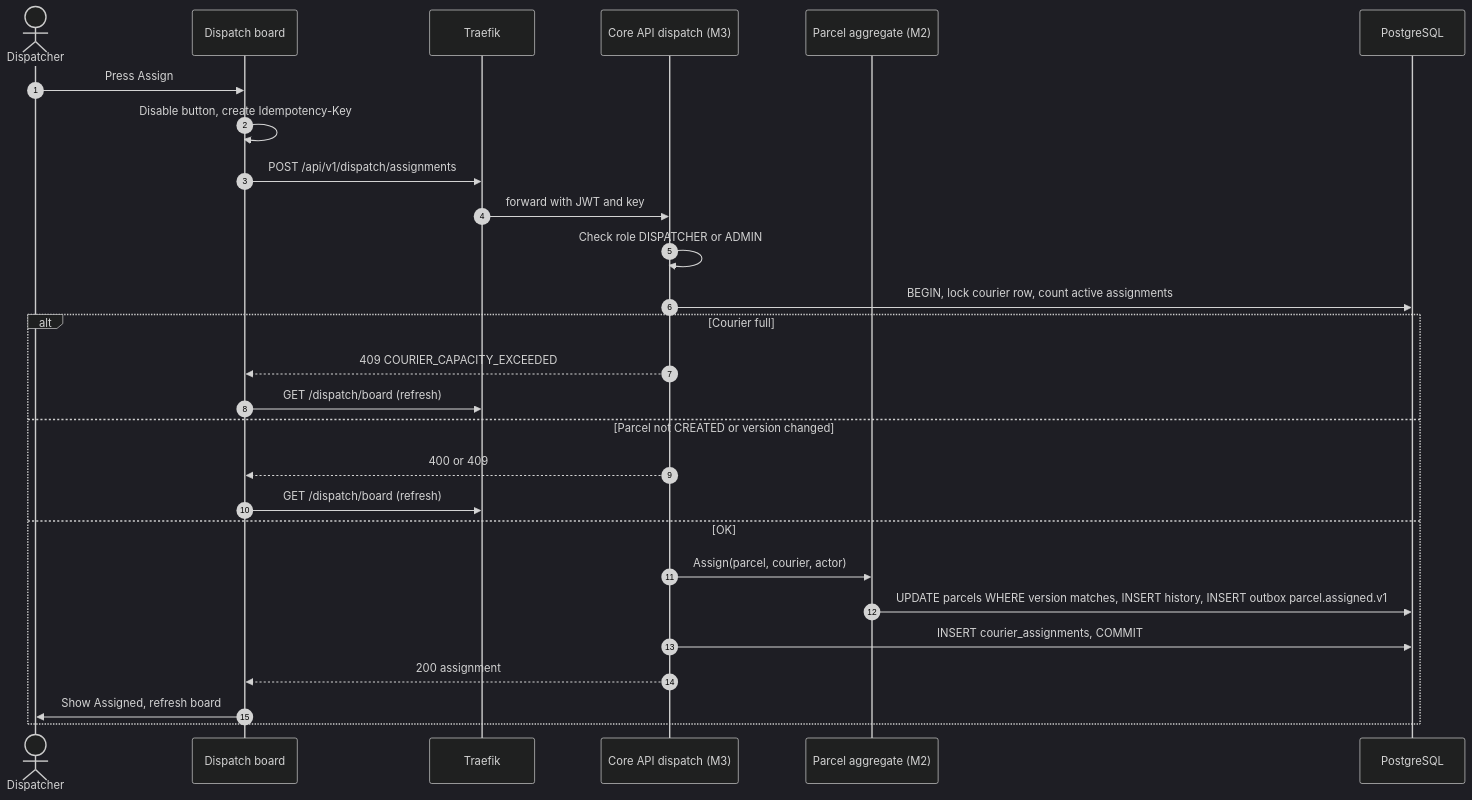
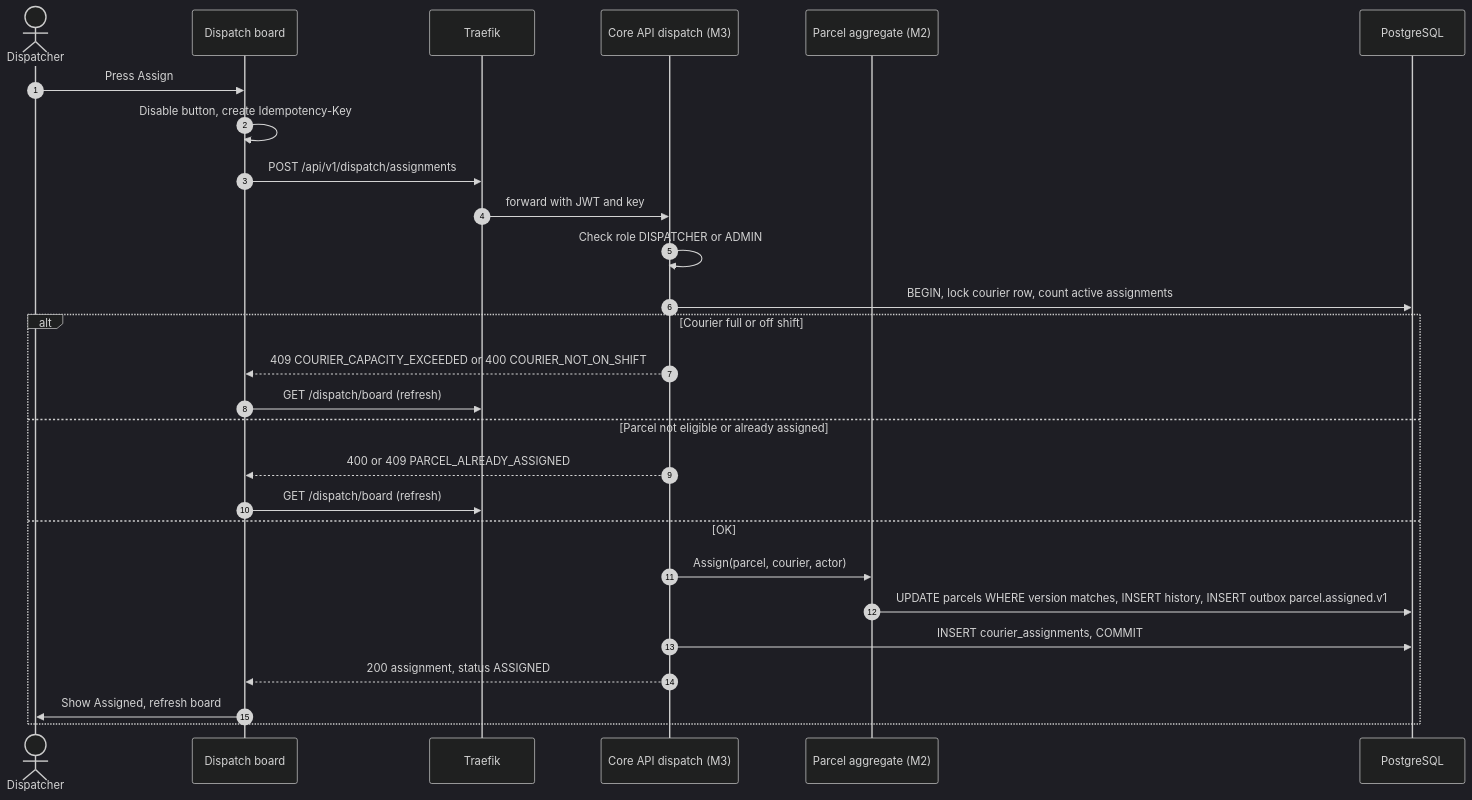
Before and after one commit to phantomTroupeEAD/SwiftDrop: diagram 17 of 55 in docs/drafts/member-07-dispatcher-admin-web-gateway/doc-02-functional-flows-and-business-rules.md, drawn with Mermaid (dark theme). The commit also changed other lines of this file and 125 other files, not shown here.

````diff
--- a/docs/drafts/member-07-dispatcher-admin-web-gateway/doc-02-functional-flows-and-business-rules.md
+++ b/docs/drafts/member-07-dispatcher-admin-web-gateway/doc-02-functional-flows-and-business-rules.md
@@ -547,29 +540,29 @@
 ```mermaid
 sequenceDiagram
     autonumber
     actor D as Dispatcher
     participant UI as Dispatch board
     participant GW as Traefik
     participant DSP as Core API dispatch (M3)
     participant PA as Parcel aggregate (M2)
     participant DB as PostgreSQL
     D->>UI: Press Assign
     UI->>UI: Disable button, create Idempotency-Key
     UI->>GW: POST /api/v1/dispatch/assignments
     GW->>DSP: forward with JWT and key
     DSP->>DSP: Check role DISPATCHER or ADMIN
     DSP->>DB: BEGIN, lock courier row, count active assignments
-    alt Courier full
-        DSP-->>UI: 409 COURIER_CAPACITY_EXCEEDED
+    alt Courier full or off shift
+        DSP-->>UI: 409 COURIER_CAPACITY_EXCEEDED or 400 COURIER_NOT_ON_SHIFT
         UI->>GW: GET /dispatch/board (refresh)
-    else Parcel not CREATED or version changed
-        DSP-->>UI: 400 or 409
+    else Parcel not eligible or already assigned
+        DSP-->>UI: 400 or 409 PARCEL_ALREADY_ASSIGNED
         UI->>GW: GET /dispatch/board (refresh)
     else OK
         DSP->>PA: Assign(parcel, courier, actor)
         PA->>DB: UPDATE parcels WHERE version matches, INSERT history, INSERT outbox parcel.assigned.v1
         DSP->>DB: INSERT courier_assignments, COMMIT
-        DSP-->>UI: 200 assignment
+        DSP-->>UI: 200 assignment, status ASSIGNED
         UI->>D: Show Assigned, refresh board
     end
 ```
````
